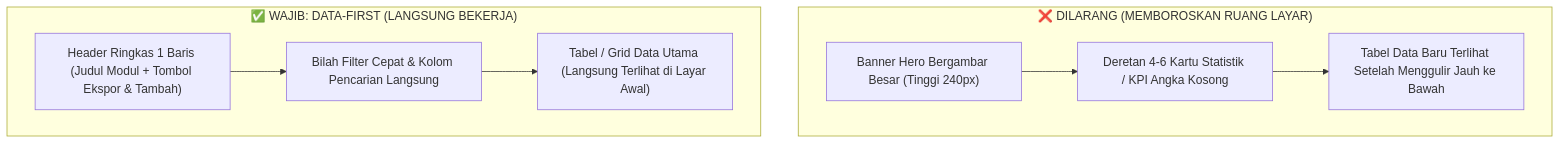
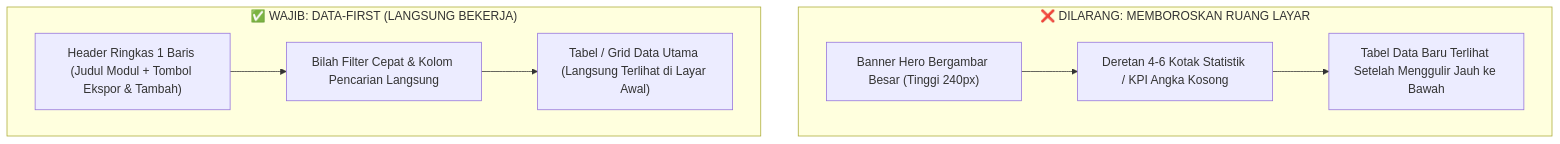
Before and after one commit to HACKsains/Ilmuna-Learn-Manajemen-System: the first of 3 diagrams in README.md, drawn with Mermaid. The commit also changed other lines of this file, not shown here.

````diff
--- a/README.md
+++ b/README.md
@@ -361,16 +463,16 @@
 ```mermaid
 graph TD
-    subgraph DILARANG ["❌ DILARANG (MEMBOROSKAN RUANG LAYAR)"]
+    subgraph DILARANG ["❌ DILARANG: MEMBOROSKAN RUANG LAYAR"]
         A1["Banner Hero Bergambar Besar (Tinggi 240px)"]
-        A2["Deretan 4-6 Kartu Statistik / KPI Angka Kosong"]
+        A2["Deretan 4-6 Kotak Statistik / KPI Angka Kosong"]
         A3["Tabel Data Baru Terlihat Setelah Menggulir Jauh ke Bawah"]
         A1 --> A2 --> A3
     end
 
     subgraph WAJIB ["✅ WAJIB: DATA-FIRST (LANGSUNG BEKERJA)"]
         B1["Header Ringkas 1 Baris (Judul Modul + Tombol Ekspor & Tambah)"]
         B2["Bilah Filter Cepat & Kolom Pencarian Langsung"]
         B3["Tabel / Grid Data Utama (Langsung Terlihat di Layar Awal)"]
         B1 --> B2 --> B3
     end
 ```
````
